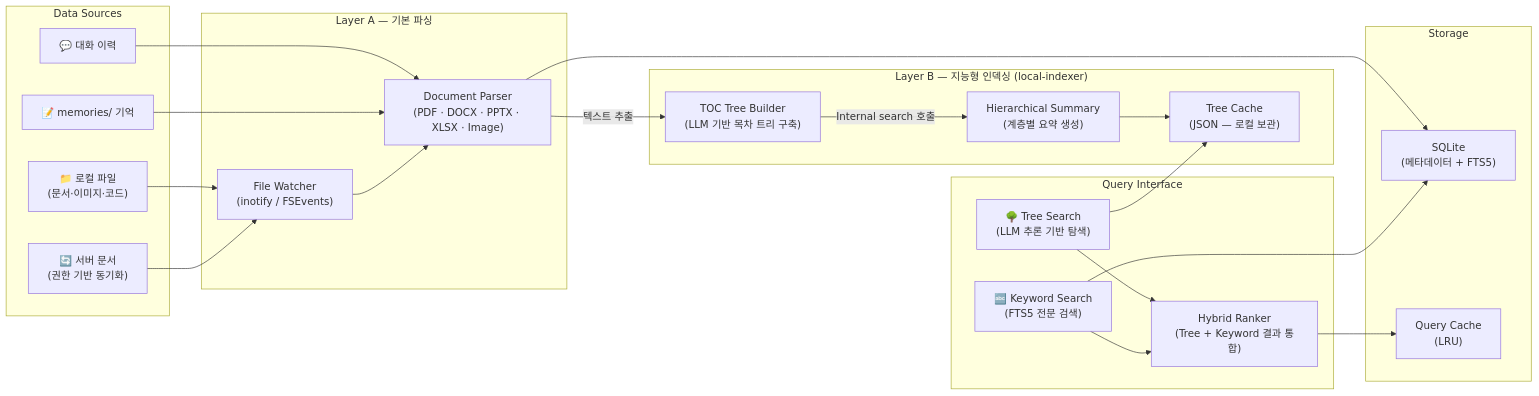
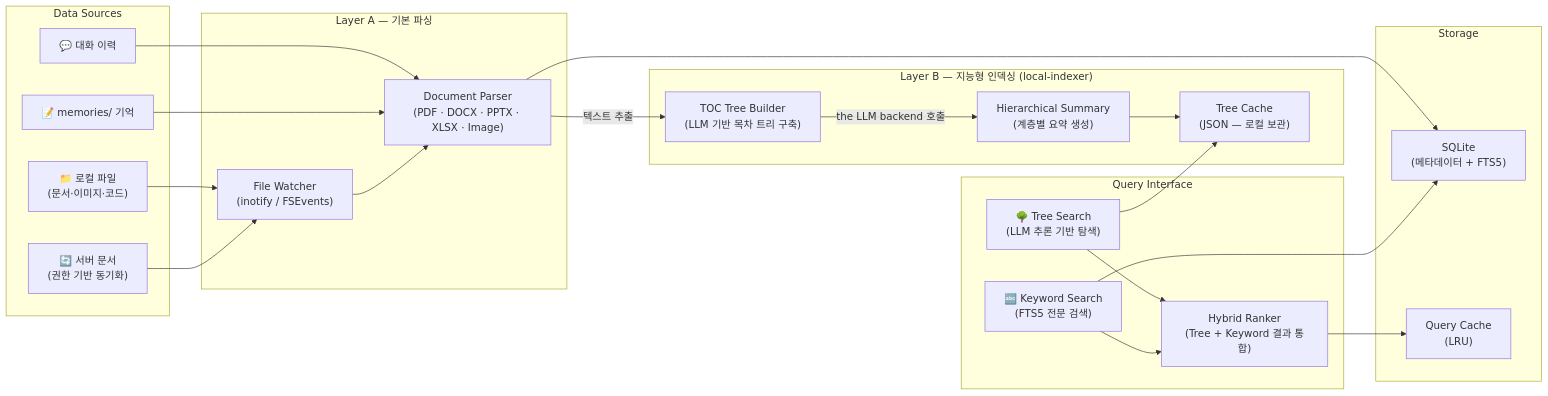
One commit to lvis-project/lvis-app changed the eighth of 44 diagrams in docs/architecture/architecture.md. Above: the diagram before and after it, drawn with Mermaid. The commit also changed other lines of this file and 76 other files, not shown here.

````diff
--- a/docs/architecture/architecture.md
+++ b/docs/architecture/architecture.md
@@ -475,48 +475,48 @@
 ```mermaid
 graph LR
     subgraph "Data Sources"
         LOCAL_FILES["📁 로컬 파일<br/>(문서·이미지·코드)"]
         SERVER_DOCS["🔄 서버 문서<br/>(권한 기반 동기화)"]
         CHAT_HISTORY["💬 대화 이력"]
         NOTES["📝 memories/ 기억"]
     end
 
     subgraph "Layer A — 기본 파싱"
         WATCHER["File Watcher<br/>(inotify / FSEvents)"]
         PARSER["Document Parser<br/>(PDF · DOCX · PPTX · XLSX · Image)"]
     end
 
     subgraph "Layer B — 지능형 인덱싱 (local-indexer)"
         TREE_BUILD["TOC Tree Builder<br/>(LLM 기반 목차 트리 구축)"]
         TREE_SUMMARY["Hierarchical Summary<br/>(계층별 요약 생성)"]
         TREE_JSON["Tree Cache<br/>(JSON — 로컬 보관)"]
     end
 
     subgraph "Storage"
         SQLITE["SQLite<br/>(메타데이터 + FTS5)"]
         CACHE["Query Cache<br/>(LRU)"]
     end
 
     subgraph "Query Interface"
         TREE_SEARCH["🌳 Tree Search<br/>(LLM 추론 기반 탐색)"]
         KEYWORD["🔤 Keyword Search<br/>(FTS5 전문 검색)"]
         HYBRID["Hybrid Ranker<br/>(Tree + Keyword 결과 통합)"]
     end
 
     LOCAL_FILES --> WATCHER
     SERVER_DOCS --> WATCHER
     CHAT_HISTORY --> PARSER
     NOTES --> PARSER
 
     WATCHER --> PARSER
     PARSER --> SQLITE
     PARSER -->|"텍스트 추출"| TREE_BUILD
-    TREE_BUILD -->|"Internal search 호출"| TREE_SUMMARY
+    TREE_BUILD -->|"the LLM backend 호출"| TREE_SUMMARY
     TREE_SUMMARY --> TREE_JSON
 
     TREE_SEARCH --> TREE_JSON
     KEYWORD --> SQLITE
     TREE_SEARCH --> HYBRID
     KEYWORD --> HYBRID
     HYBRID --> CACHE
 ```
````
